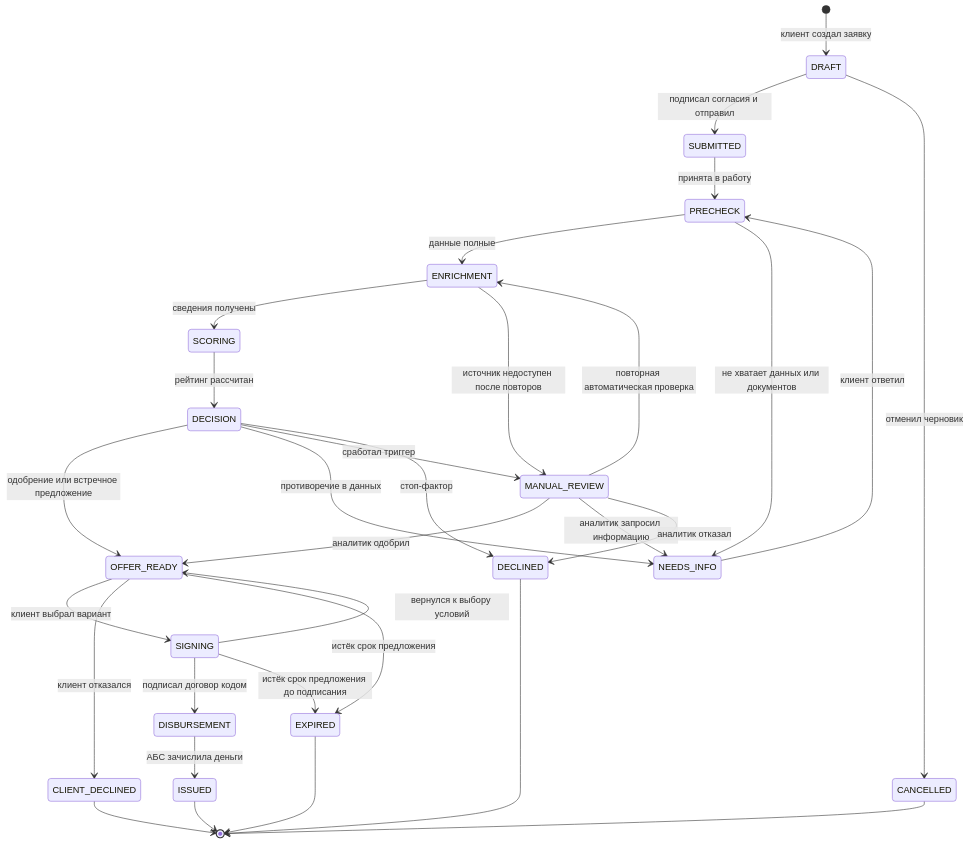
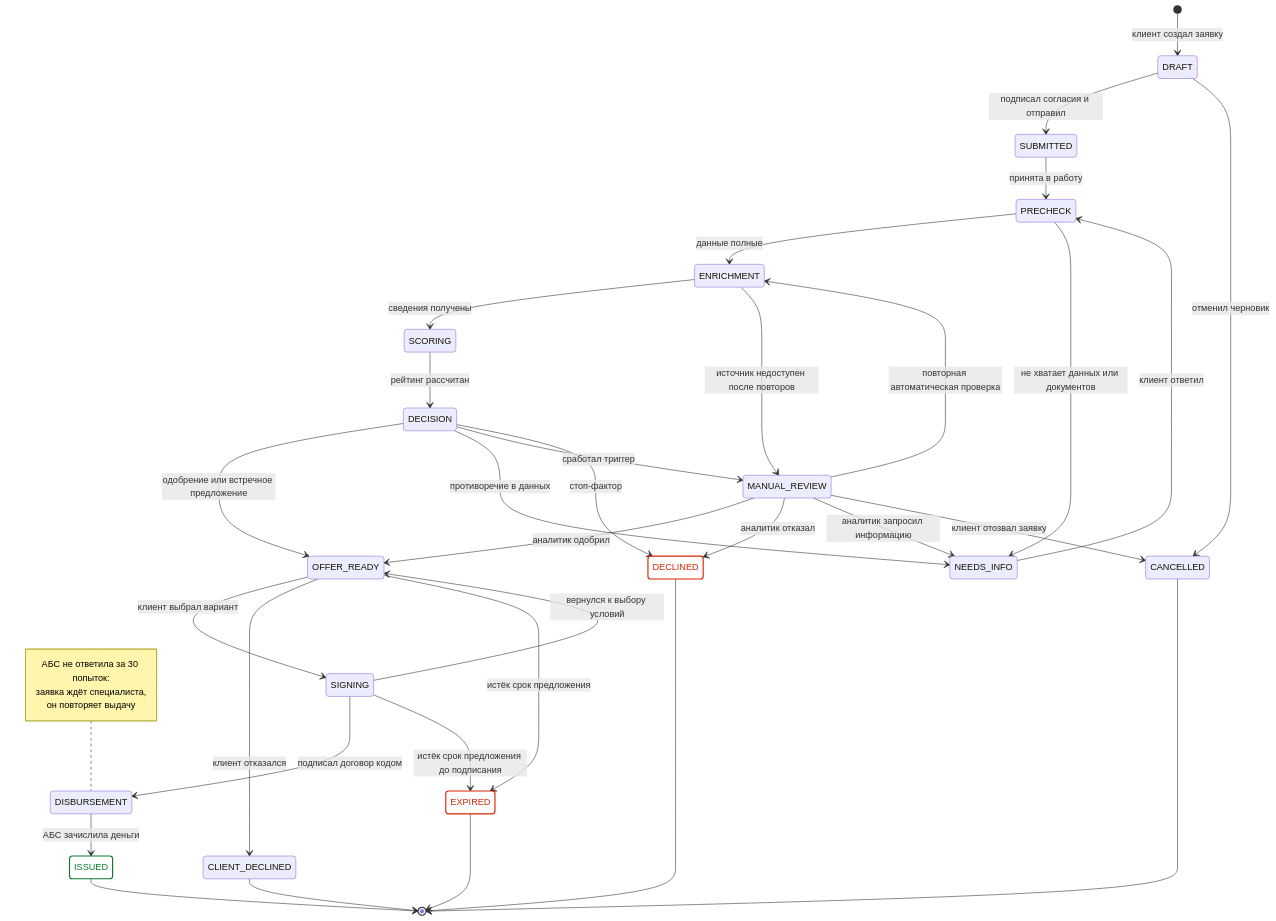
The diagram in docs/state-diagram.md (AnnKalenova/smart-credit-cabinet), drawn with Mermaid before and after one commit. The commit also changed other lines of this file and 19 other files, not shown here.

````diff
--- a/docs/state-diagram.md
+++ b/docs/state-diagram.md
@@ -7,40 +9,51 @@
 ```mermaid
 stateDiagram-v2
     direction TB
     [*] --> DRAFT: клиент создал заявку
     DRAFT --> SUBMITTED: подписал согласия и отправил
     DRAFT --> CANCELLED: отменил черновик
     SUBMITTED --> PRECHECK: принята в работу
 
     PRECHECK --> ENRICHMENT: данные полные
     PRECHECK --> NEEDS_INFO: не хватает данных или документов
     NEEDS_INFO --> PRECHECK: клиент ответил
 
     ENRICHMENT --> SCORING: сведения получены
     ENRICHMENT --> MANUAL_REVIEW: источник недоступен после повторов
     SCORING --> DECISION: рейтинг рассчитан
 
     DECISION --> OFFER_READY: одобрение или встречное предложение
     DECISION --> NEEDS_INFO: противоречие в данных
     DECISION --> MANUAL_REVIEW: сработал триггер
     DECISION --> DECLINED: стоп-фактор
 
     MANUAL_REVIEW --> OFFER_READY: аналитик одобрил
+    MANUAL_REVIEW --> DECLINED: аналитик отказал
     MANUAL_REVIEW --> NEEDS_INFO: аналитик запросил информацию
-    MANUAL_REVIEW --> DECLINED: аналитик отказал
     MANUAL_REVIEW --> ENRICHMENT: повторная автоматическая проверка
+    MANUAL_REVIEW --> CANCELLED: клиент отозвал заявку
 
     OFFER_READY --> SIGNING: клиент выбрал вариант
     OFFER_READY --> CLIENT_DECLINED: клиент отказался
     OFFER_READY --> EXPIRED: истёк срок предложения
     SIGNING --> OFFER_READY: вернулся к выбору условий
     SIGNING --> DISBURSEMENT: подписал договор кодом
     SIGNING --> EXPIRED: истёк срок предложения до подписания
     DISBURSEMENT --> ISSUED: АБС зачислила деньги
+    note left of DISBURSEMENT
+        АБС не ответила за 30 попыток:
+        заявка ждёт специалиста,
+        он повторяет выдачу
+    end note
 
     ISSUED --> [*]
     DECLINED --> [*]
     CLIENT_DECLINED --> [*]
     CANCELLED --> [*]
     EXPIRED --> [*]
+
+    classDef positive fill:#FFFFFF,stroke:#0B7A2E,stroke-width:2px,color:#0B7A2E
+    classDef negative fill:#FFFFFF,stroke:#D72505,stroke-width:2px,color:#D72505
+    class ISSUED positive
+    class DECLINED,EXPIRED negative
 ```
````
